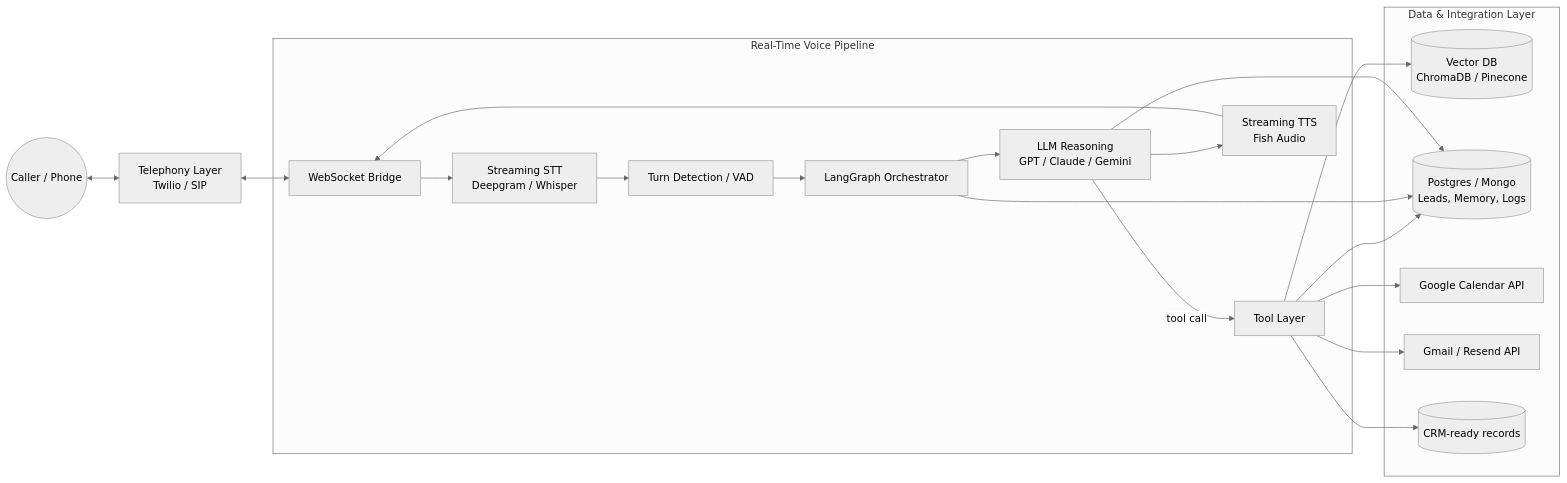
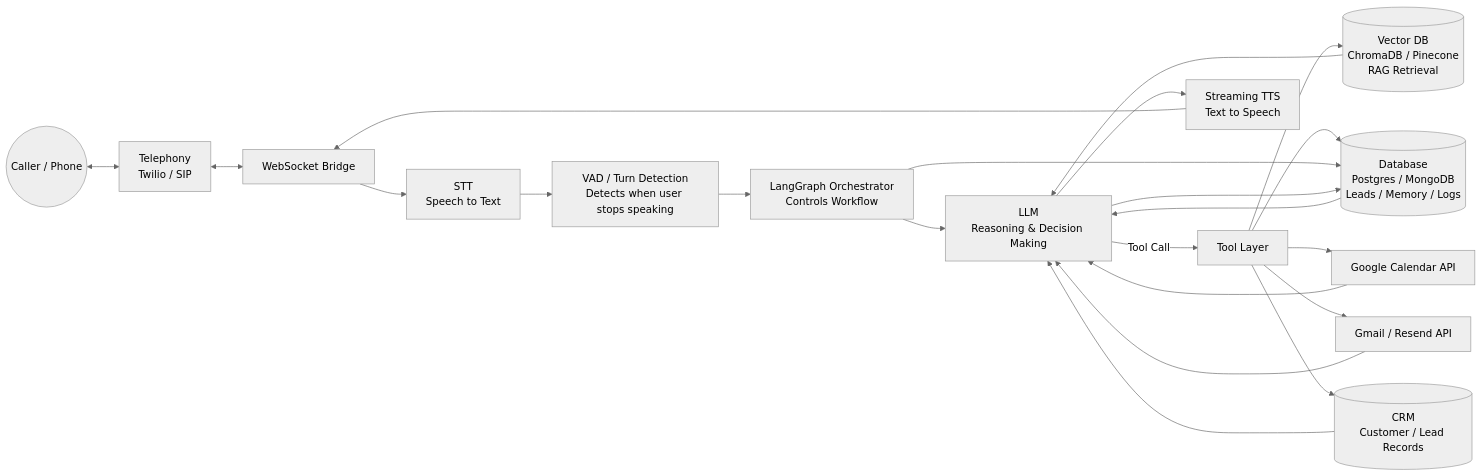
One commit to SairaF-Dev/Netixsol changed the diagram in Week7/day1/01_Architecture/architecture.md. Above: the diagram before and after it, drawn with Mermaid (neutral theme).

Commit message:
added week7 day1

````diff
--- a/Week7/day1/01_Architecture/architecture.md
+++ b/Week7/day1/01_Architecture/architecture.md
@@ -34,26 +34,31 @@
 ```mermaid
 flowchart LR
-    Caller((Caller / Phone)) <--> Tel[Telephony Layer<br/>Twilio / SIP]
+    Caller((Caller / Phone)) <--> Tel[Telephony<br/>Twilio / SIP]
     Tel <--> WS[WebSocket Bridge]
 
-    subgraph RealTimePipeline [Real-Time Voice Pipeline]
-        WS --> STT[Streaming STT<br/>Deepgram / Whisper]
-        STT --> VAD[Turn Detection / VAD]
-        VAD --> Orch
-        Orch[LangGraph Orchestrator] --> LLM[LLM Reasoning<br/>GPT / Claude / Gemini]
-        LLM -->|tool call| Tools[Tool Layer]
-        LLM --> TTS[Streaming TTS<br/>Fish Audio]
-        TTS --> WS
-    end
+    WS --> STT[STT<br/>Speech to Text]
+    STT --> VAD[VAD / Turn Detection<br/>Detects when user stops speaking]
+    VAD --> LG[LangGraph Orchestrator<br/>Controls Workflow]
 
-    subgraph DataLayer [Data & Integration Layer]
-        Tools --> RAG[(Vector DB<br/>ChromaDB / Pinecone)]
-        Tools --> DB[(Postgres / Mongo<br/>Leads, Memory, Logs)]
-        Tools --> Cal[Google Calendar API]
-        Tools --> Mail[Gmail / Resend API]
-        Tools --> CRM[(CRM-ready records)]
-    end
+    LG --> LLM[LLM<br/>Reasoning & Decision Making]
 
-    Orch --> DB
+    LLM -->|Tool Call| Tools[Tool Layer]
+
+    Tools --> RAG[(Vector DB<br/>ChromaDB / Pinecone<br/>RAG Retrieval)]
+    Tools --> DB[(Database<br/>Postgres / MongoDB<br/>Leads / Memory / Logs)]
+    Tools --> Cal[Google Calendar API]
+    Tools --> Mail[Gmail / Resend API]
+    Tools --> CRM[(CRM<br/>Customer / Lead Records)]
+
+    RAG --> LLM
+    Cal --> LLM
+    Mail --> LLM
+    DB --> LLM
+    CRM --> LLM
+
+    LLM --> TTS[Streaming TTS<br/>Text to Speech]
+    TTS --> WS
+
+    LG --> DB
     LLM --> DB
 ```
````
